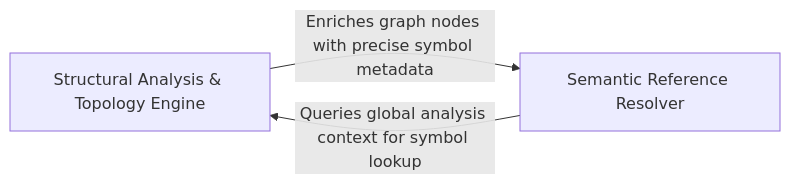
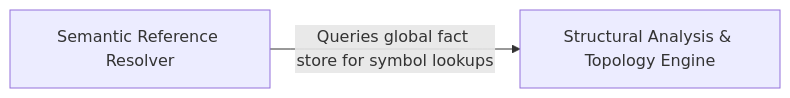
Before and after one commit to CodeBoarding/CodeBoarding: the diagram in .codeboarding/Static_Analysis_Grounding_Provider.md, drawn with Mermaid. The commit also changed other lines of this file and 27 other files, not shown here.

Commit message:
chore(codeboarding): sync architecture baseline

````diff
--- a/.codeboarding/Static_Analysis_Grounding_Provider.md
+++ b/.codeboarding/Static_Analysis_Grounding_Provider.md
@@ -1,7 +1,6 @@
 ```mermaid
 graph LR
     Structural_Analysis_Topology_Engine["Structural Analysis & Topology Engine"]
     Semantic_Reference_Resolver["Semantic Reference Resolver"]
-    Structural_Analysis_Topology_Engine -- "Enriches graph nodes with precise symbol metadata" --> Semantic_Reference_Resolver
-    Semantic_Reference_Resolver -- "Queries global analysis context for symbol lookup" --> Structural_Analysis_Topology_Engine
+    Semantic_Reference_Resolver -- "Queries global fact store for symbol lookups" --> Structural_Analysis_Topology_Engine
 ```
````
